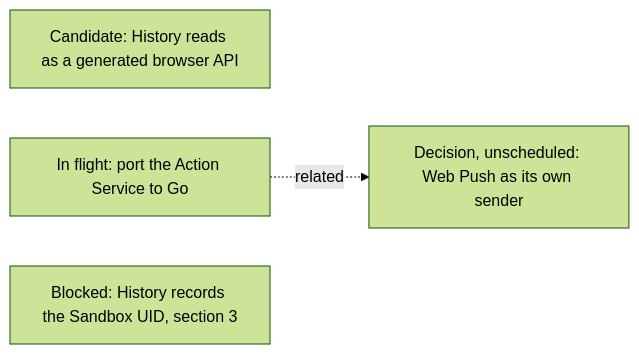
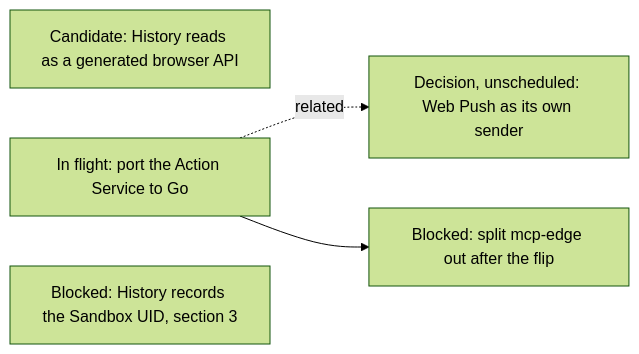
Before and after one commit to agentydragon-agent/ducktape: diagram 17 of 19 in agentplane/plans/task_dag.md, drawn with Mermaid (forest theme). The commit also changed other lines of this file and 1 other file, not shown here.

````diff
--- a/agentplane/plans/task_dag.md
+++ b/agentplane/plans/task_dag.md
@@ -1819,8 +1863,9 @@
 ```mermaid
 flowchart LR
     HISTORY_READS_FACADE[Candidate: History reads as a generated browser API]
     ACTION_SERVICE_GO_PORT[In flight: port the Action Service to Go]
     WEB_PUSH_SERVICE[Decision, unscheduled: Web Push as its own sender]
     HISTORY_SANDBOX_UID[Blocked: History records the Sandbox UID, section 3]
     ACTION_SERVICE_GO_PORT -. related .-> WEB_PUSH_SERVICE
+    ACTION_SERVICE_GO_PORT --> ACTION_MCP_EDGE_SPLIT[Blocked: split mcp-edge out after the flip]
 ```
````
